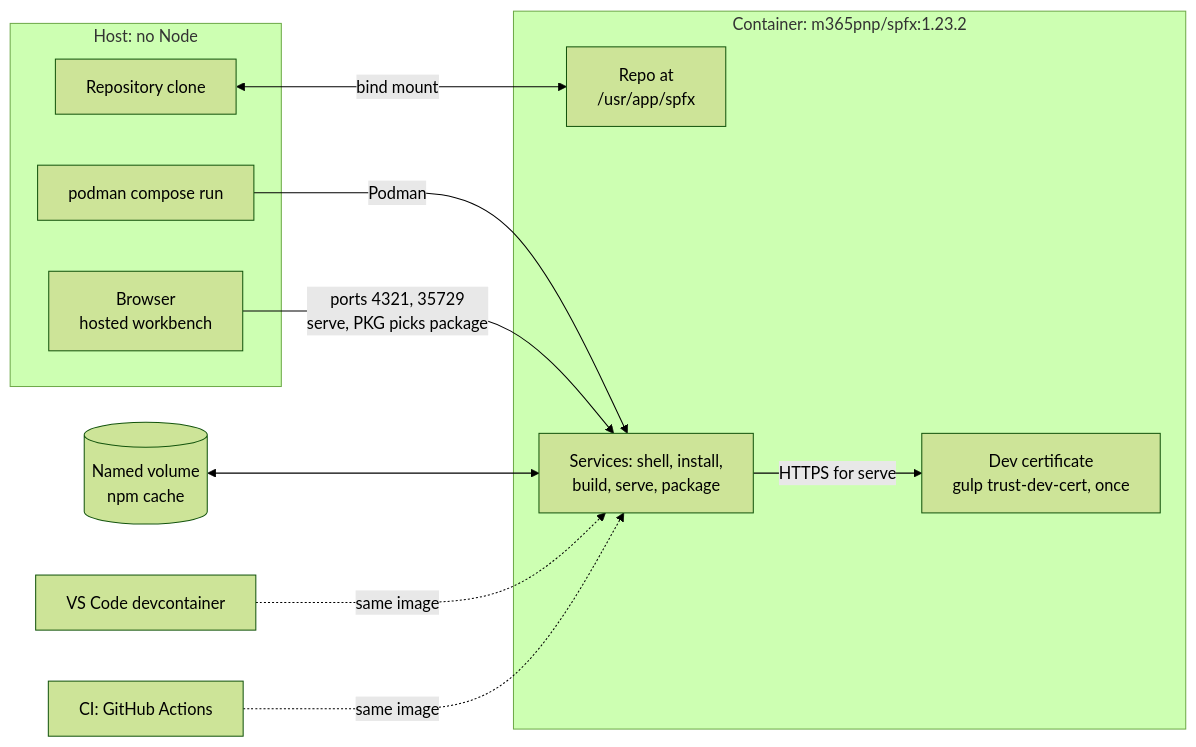
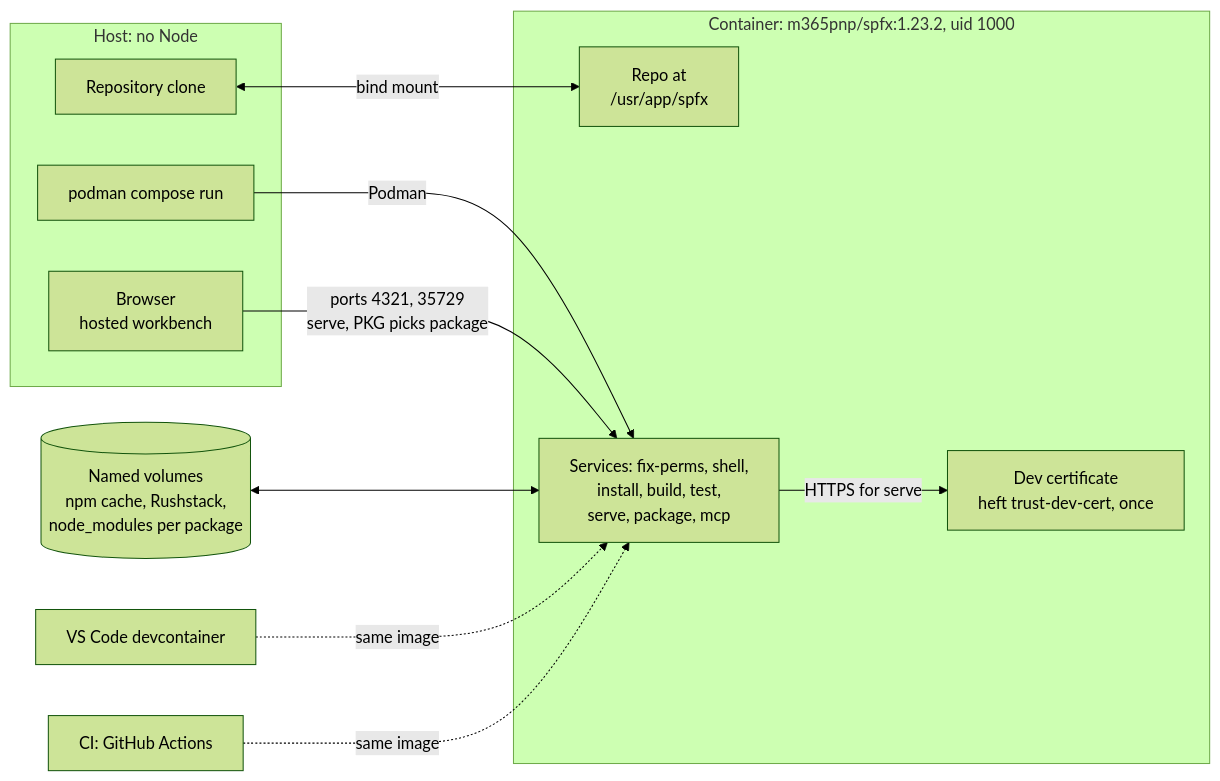
One commit to Sartor87/orpheus-systems-sharepoint changed the diagram in architecture/adr/0002-podman-spfx-container-no-host-node.md. Above: the diagram before and after it, drawn with Mermaid (forest theme). The commit also changed other lines of this file and 9 other files, not shown here.

````diff
--- a/architecture/adr/0002-podman-spfx-container-no-host-node.md
+++ b/architecture/adr/0002-podman-spfx-container-no-host-node.md
@@ -35,20 +37,20 @@
 ```mermaid
 flowchart LR
   subgraph HOST["Host: no Node"]
     REPO["Repository clone"]
     CMD["podman compose run"]
     BR["Browser<br/>hosted workbench"]
   end
-  subgraph CTR["Container: m365pnp/spfx:1.23.2"]
+  subgraph CTR["Container: m365pnp/spfx:1.23.2, uid 1000"]
     APP["Repo at<br/>/usr/app/spfx"]
-    SVC["Services: shell, install,<br/>build, serve, package"]
-    CERT["Dev certificate<br/>gulp trust-dev-cert, once"]
+    SVC["Services: fix-perms, shell,<br/>install, build, test,<br/>serve, package, mcp"]
+    CERT["Dev certificate<br/>heft trust-dev-cert, once"]
   end
   CMD -->|"Podman"| SVC
   REPO <-->|"bind mount"| APP
-  VOL[("Named volume<br/>npm cache")] <--> SVC
+  VOL[("Named volumes<br/>npm cache, Rushstack,<br/>node_modules per package")] <--> SVC
   BR -->|"ports 4321, 35729<br/>serve, PKG picks package"| SVC
   SVC -->|"HTTPS for serve"| CERT
   DEV["VS Code devcontainer"] -.->|"same image"| SVC
   CI["CI: GitHub Actions"] -.->|"same image"| SVC
 ```
````
